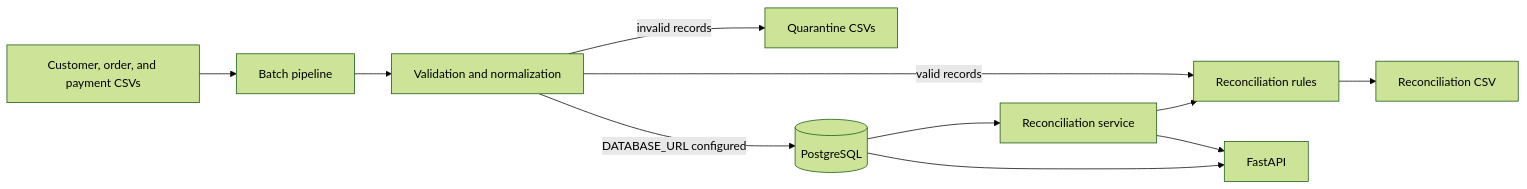
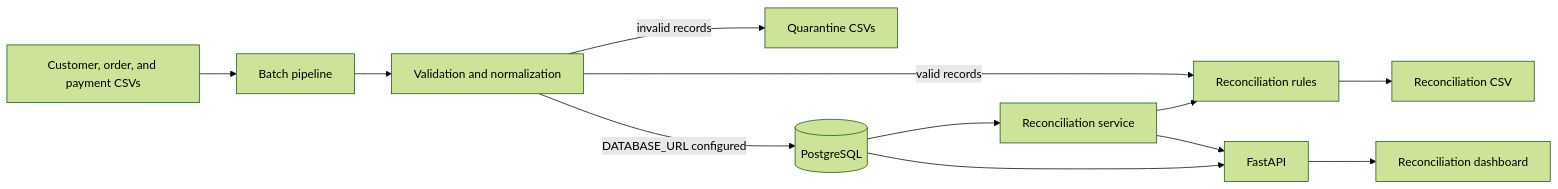
The diagram in README.md (quangshuynh/business-data-automation), drawn with Mermaid (forest theme) before and after one commit. The commit also changed other lines of this file and 5 other files, not shown here.

````diff
--- a/README.md
+++ b/README.md
@@ -23,13 +24,14 @@
 ```mermaid
 flowchart LR
     CSV[Customer, order, and payment CSVs] --> CLI[Batch pipeline]
     CLI --> Validation[Validation and normalization]
     Validation -->|invalid records| Quarantine[Quarantine CSVs]
     Validation -->|valid records| Reconciliation[Reconciliation rules]
     Reconciliation --> Report[Reconciliation CSV]
     Validation -->|DATABASE_URL configured| Database[(PostgreSQL)]
     Database --> Service[Reconciliation service]
     Service --> Reconciliation
     Database --> API[FastAPI]
     Service --> API
+    API --> Dashboard[Reconciliation dashboard]
 ```
````
